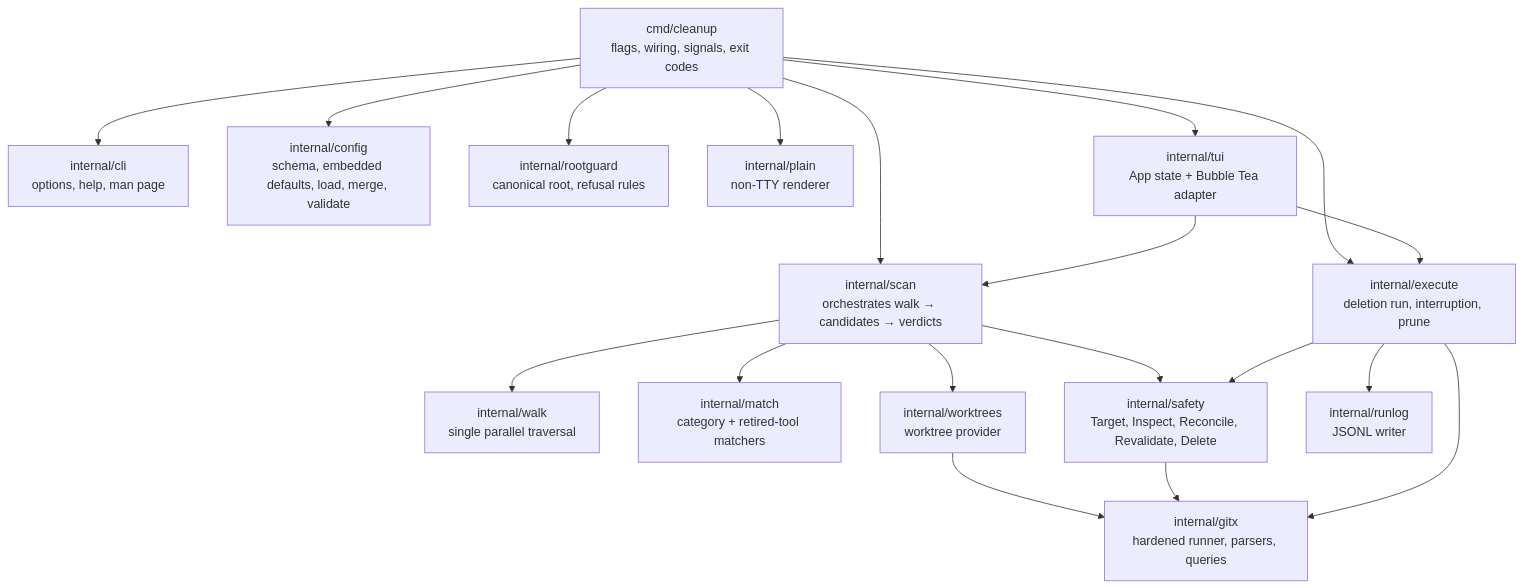
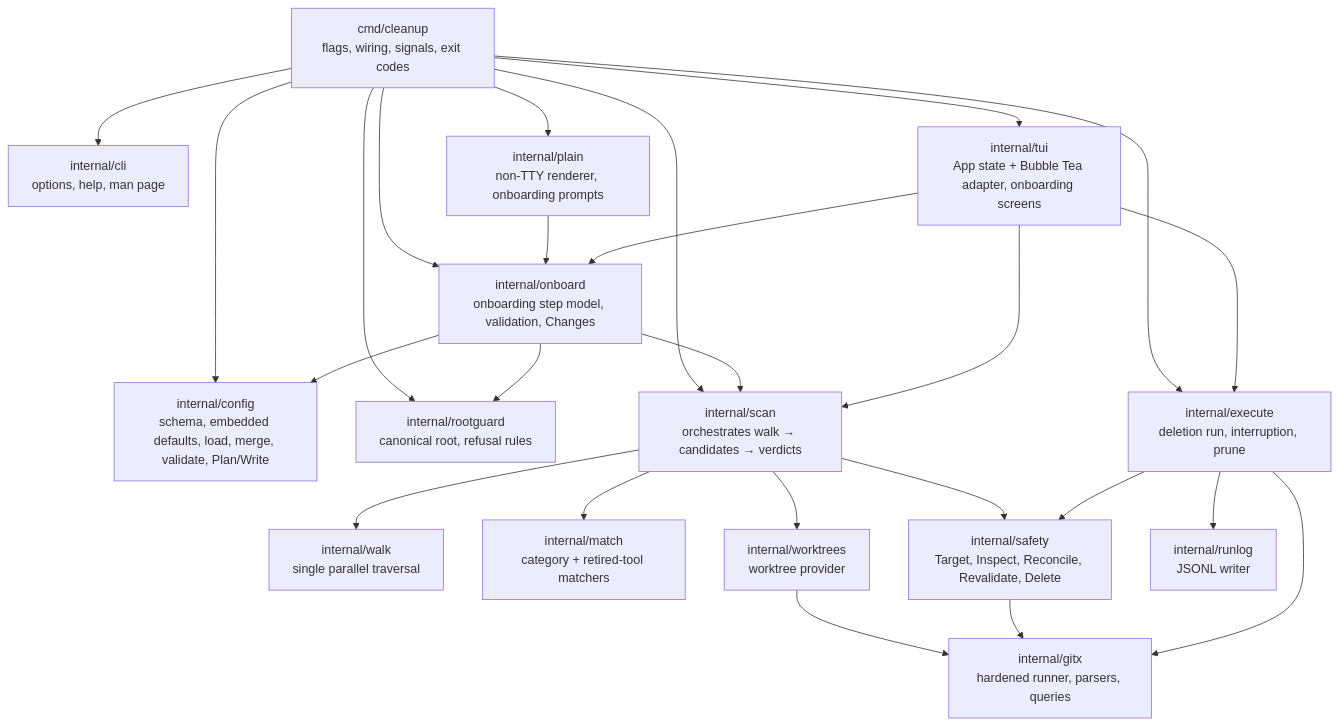
One commit to jfricker/cleanup changed the diagram in docs/ARCHITECTURE.md. Above: the diagram before and after it, drawn with Mermaid. The commit also changed other lines of this file and 13 other files, not shown here.

````diff
--- a/docs/ARCHITECTURE.md
+++ b/docs/ARCHITECTURE.md
@@ -18,24 +18,27 @@
 ```mermaid
 flowchart TD
     main["cmd/cleanup<br/>flags, wiring, signals, exit codes"]
     cli["internal/cli<br/>options, help, man page"]
-    config["internal/config<br/>schema, embedded defaults, load, merge, validate"]
+    config["internal/config<br/>schema, embedded defaults, load, merge, validate, Plan/Write"]
     rootguard["internal/rootguard<br/>canonical root, refusal rules"]
     walk["internal/walk<br/>single parallel traversal"]
     match["internal/match<br/>category + retired-tool matchers"]
     gitx["internal/gitx<br/>hardened runner, parsers, queries"]
     wt["internal/worktrees<br/>worktree provider"]
     safety["internal/safety<br/>Target, Inspect, Reconcile, Revalidate, Delete"]
     scan["internal/scan<br/>orchestrates walk → candidates → verdicts"]
     exec["internal/execute<br/>deletion run, interruption, prune"]
     runlog["internal/runlog<br/>JSONL writer"]
-    plain["internal/plain<br/>non-TTY renderer"]
-    tui["internal/tui<br/>App state + Bubble Tea adapter"]
+    plain["internal/plain<br/>non-TTY renderer, onboarding prompts"]
+    tui["internal/tui<br/>App state + Bubble Tea adapter, onboarding screens"]
+    onboard["internal/onboard<br/>onboarding step model, validation, Changes"]
 
-    main --> cli & config & rootguard & scan & exec & plain & tui
+    main --> cli & config & rootguard & scan & exec & plain & tui & onboard
+    onboard --> rootguard & scan & config
+    plain & tui --> onboard
     scan --> walk & match & wt & safety
     wt --> gitx
     safety --> gitx
     exec --> safety & runlog & gitx
     tui --> scan & exec
 ```
````
